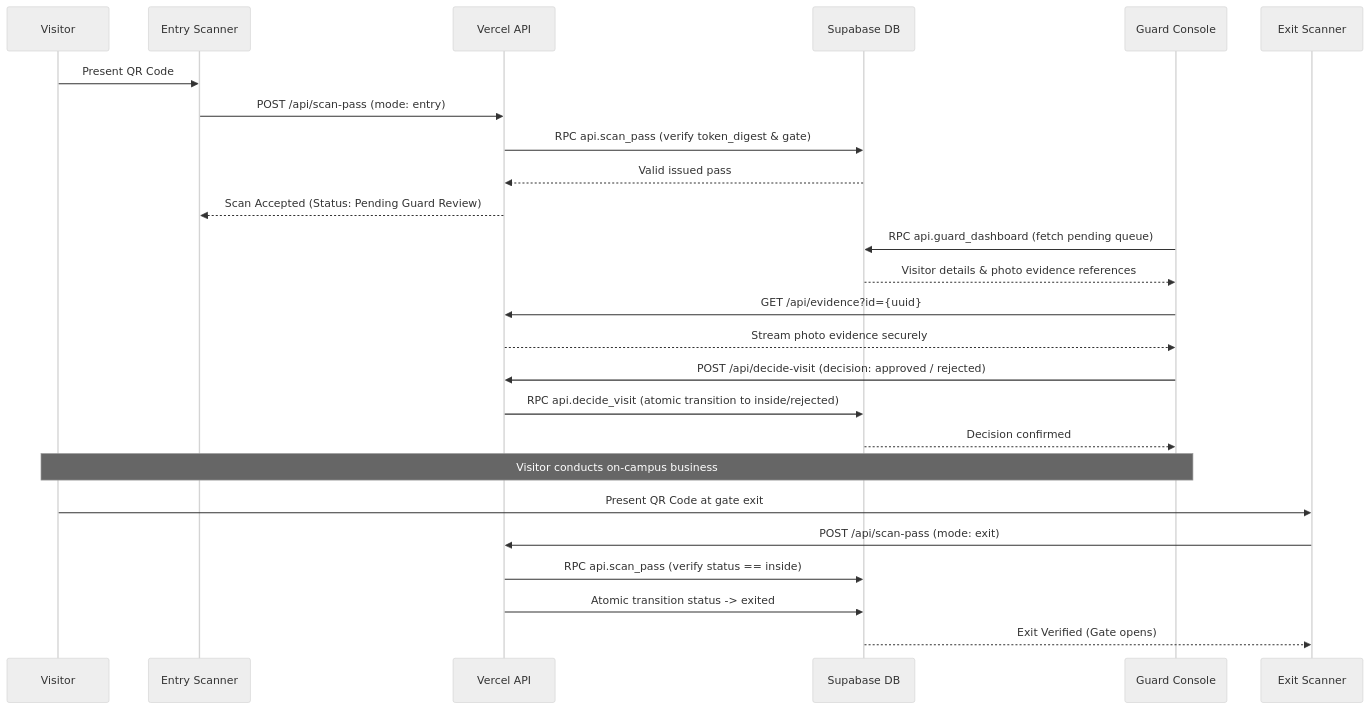
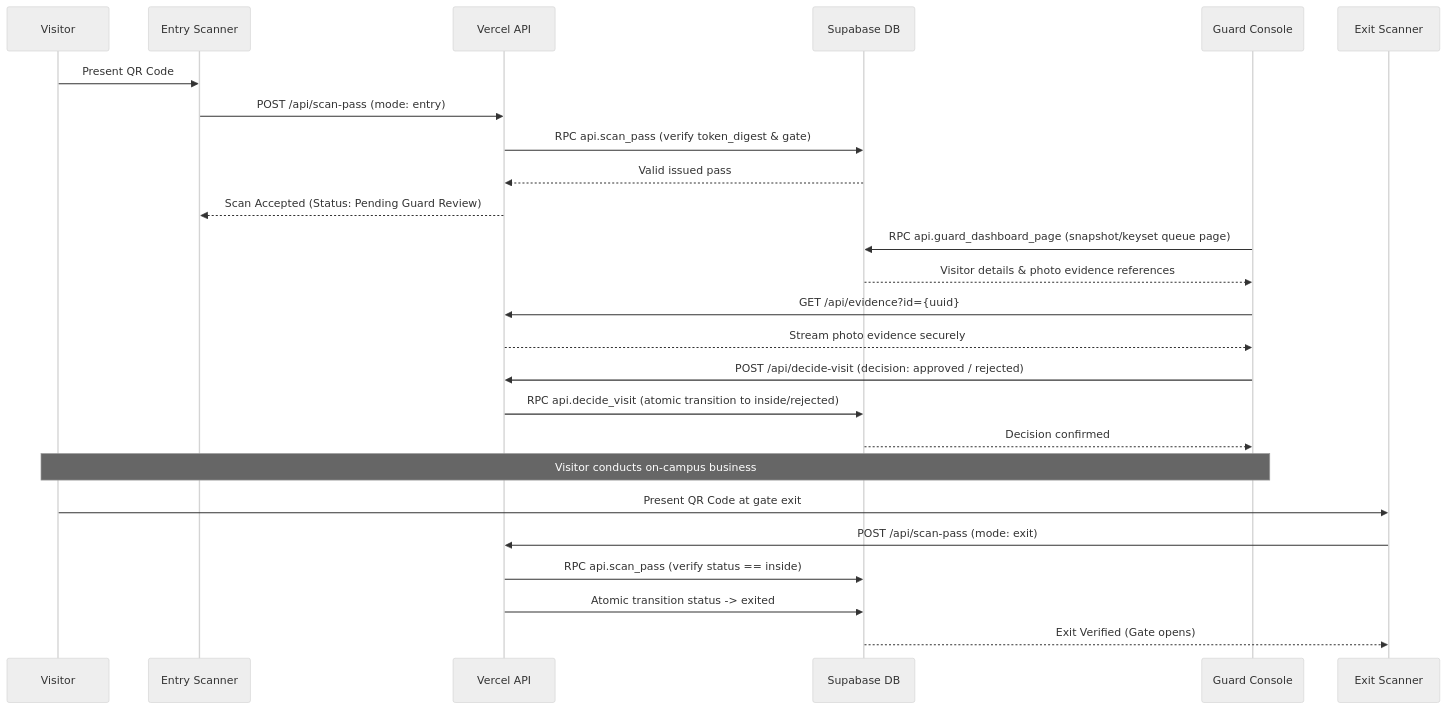
The fifth of 10 diagrams in README.md (jsphhbna/egatepass), drawn with Mermaid (neutral theme) before and after one commit. The commit also changed 6 other files, not shown here.

````diff
--- a/README.md
+++ b/README.md
@@ -202,31 +202,31 @@
 ```mermaid
 sequenceDiagram
     participant V as Visitor
     participant E as Entry Scanner
     participant API as Vercel API
     participant DB as Supabase DB
     participant G as Guard Console
     participant X as Exit Scanner
 
     V->>E: Present QR Code
     E->>API: POST /api/scan-pass (mode: entry)
     API->>DB: RPC api.scan_pass (verify token_digest & gate)
     DB-->>API: Valid issued pass
     API-->>E: Scan Accepted (Status: Pending Guard Review)
 
-    G->>DB: RPC api.guard_dashboard (fetch pending queue)
+    G->>DB: RPC api.guard_dashboard_page (snapshot/keyset queue page)
     DB-->>G: Visitor details & photo evidence references
     G->>API: GET /api/evidence?id={uuid}
     API-->>G: Stream photo evidence securely
     G->>API: POST /api/decide-visit (decision: approved / rejected)
     API->>DB: RPC api.decide_visit (atomic transition to inside/rejected)
     DB-->>G: Decision confirmed
 
     Note over V,G: Visitor conducts on-campus business
 
     V->>X: Present QR Code at gate exit
     X->>API: POST /api/scan-pass (mode: exit)
     API->>DB: RPC api.scan_pass (verify status == inside)
     API->>DB: Atomic transition status -> exited
     DB-->>X: Exit Verified (Gate opens)
 ```
````
